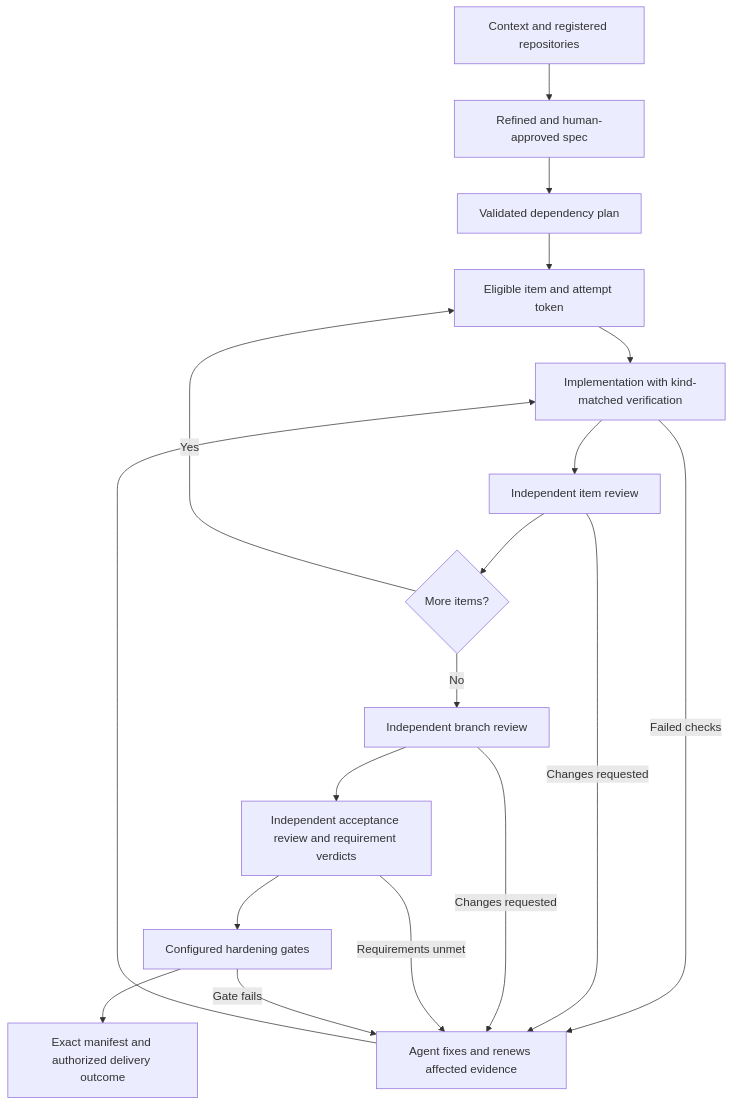
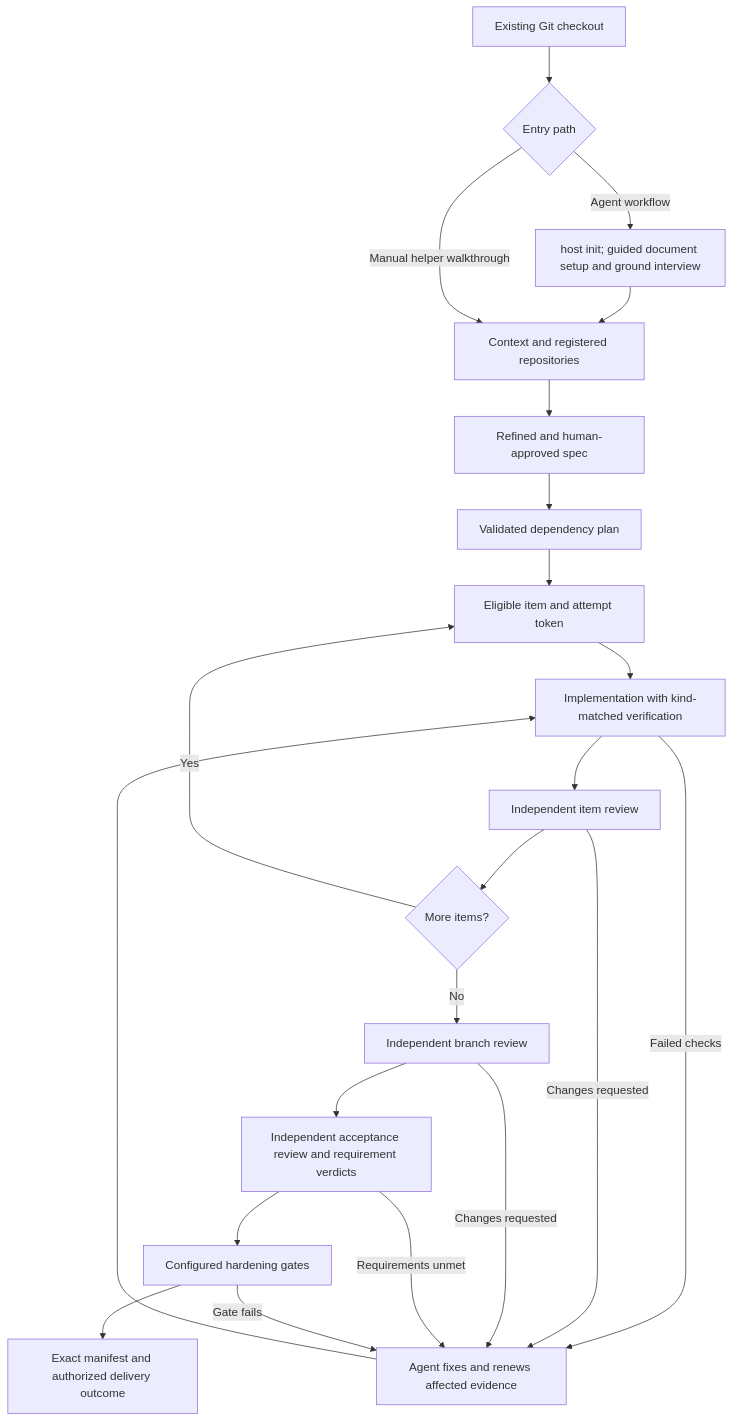
One commit to wgentil/devflow changed the diagram in docs/developer-cli.md. Above: the diagram before and after it, drawn with Mermaid. The commit also changed other lines of this file and 50 other files, not shown here.

````diff
--- a/docs/developer-cli.md
+++ b/docs/developer-cli.md
@@ -195,20 +217,24 @@
 ```mermaid
 flowchart TD
+    Project["Existing Git checkout"] --> Mode{"Entry path"}
+    Mode -->|Agent workflow| Init["host init; guided document setup and ground interview"]
+    Init --> Setup
+    Mode -->|Manual helper walkthrough| Setup
     Setup["Context and registered repositories"] --> Spec["Refined and human-approved spec"]
     Spec --> Plan["Validated dependency plan"]
     Plan --> Attempt["Eligible item and attempt token"]
     Attempt --> Verify["Implementation with kind-matched verification"]
     Verify --> Item["Independent item review"]
     Item --> More{"More items?"}
     More -->|Yes| Attempt
     More -->|No| Branch["Independent branch review"]
     Branch --> Accept["Independent acceptance review and requirement verdicts"]
     Accept --> Gates["Configured hardening gates"]
     Gates --> Delivery["Exact manifest and authorized delivery outcome"]
     Verify -->|Failed checks| Rework["Agent fixes and renews affected evidence"]
     Item -->|Changes requested| Rework
     Branch -->|Changes requested| Rework
     Accept -->|Requirements unmet| Rework
     Gates -->|Gate fails| Rework
     Rework --> Verify
 ```
````
